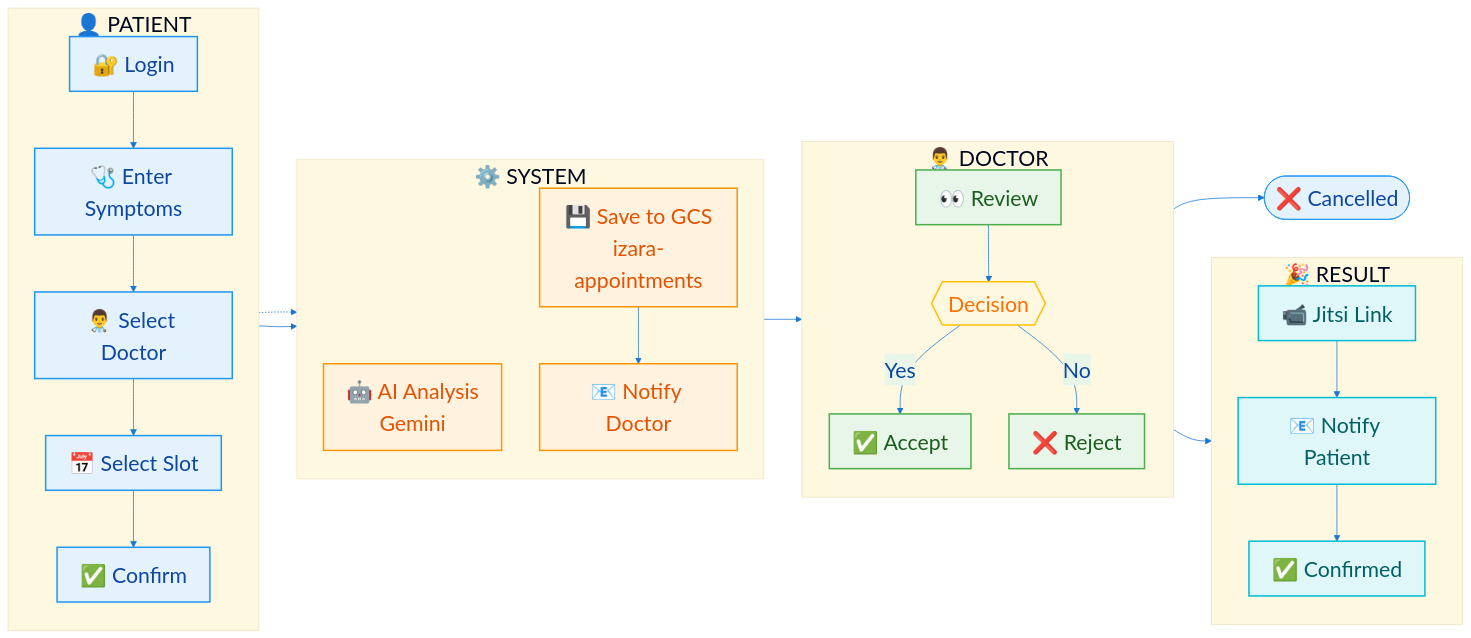
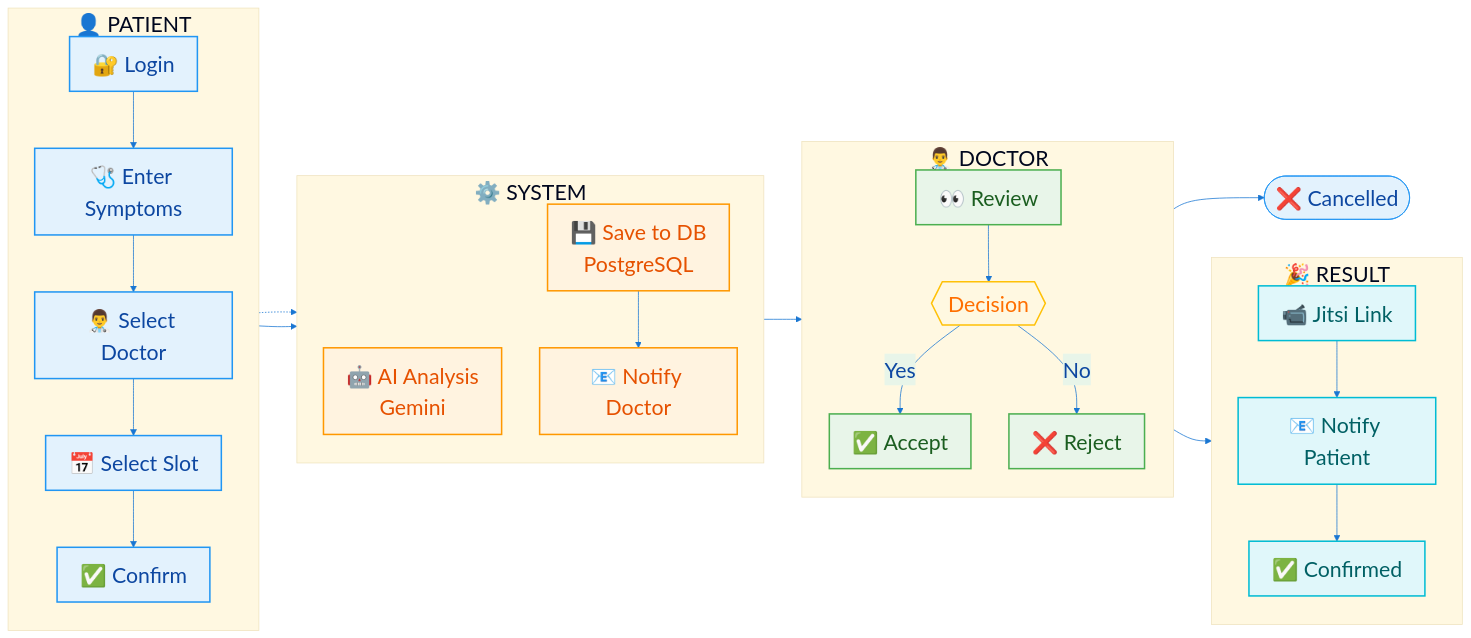
One commit to chiraleo2000/Isara-Anywhere changed the diagram in Presentations/diagrams/04-appointment-workflow.mmd. Above: the diagram before and after it, drawn with Mermaid. The commit also changed other lines of this file and 185 other files, not shown here.

```diff
--- a/Presentations/diagrams/04-appointment-workflow.mmd
+++ b/Presentations/diagrams/04-appointment-workflow.mmd
@@ -1,67 +1,67 @@
 %%{init: {
   'theme': 'base',
   'themeVariables': {
     'primaryColor': '#E3F2FD',
     'primaryTextColor': '#0D47A1',
     'primaryBorderColor': '#2196F3',
     'lineColor': '#1976D2',
     'secondaryColor': '#E8F5E9',
     'tertiaryColor': '#FFF8E1',
     'fontSize': '28px',
     'fontFamily': 'Segoe UI, Arial'
   }
 }}%%
 
 flowchart LR
     subgraph PATIENT["👤 PATIENT"]
         direction TB
         P1["🔐 Login"]
         P2["🩺 Enter Symptoms"]
         P3["👨‍⚕️ Select Doctor"]
         P4["📅 Select Slot"]
         P5["✅ Confirm"]
         P1 --> P2 --> P3 --> P4 --> P5
     end
 
     subgraph SYSTEM["⚙️ SYSTEM"]
         direction TB
         S1["🤖 AI Analysis<br/>Gemini"]
-        S2["💾 Save to GCS<br/>izara-appointments"]
+        S2["💾 Save to DB<br/>PostgreSQL"]
         S3["📧 Notify Doctor"]
     end
 
     subgraph DOCTOR["👨‍⚕️ DOCTOR"]
         direction TB
         D1["👀 Review"]
         D2{{"Decision"}}
         D3["✅ Accept"]
         D4["❌ Reject"]
         D1 --> D2
         D2 -->|Yes| D3
         D2 -->|No| D4
     end
 
     subgraph RESULT["🎉 RESULT"]
         direction TB
         R1["📹 Jitsi Link"]
         R2["📧 Notify Patient"]
         R3["✅ Confirmed"]
         R1 --> R2 --> R3
     end
 
     P2 -.-> S1
     P5 --> S2 --> S3 --> D1
     D3 --> R1
     D4 --> END(["❌ Cancelled"])
 
     classDef patientStyle fill:#E3F2FD,stroke:#2196F3,stroke-width:2px,color:#0D47A1
     classDef systemStyle fill:#FFF3E0,stroke:#FF9800,stroke-width:2px,color:#E65100
     classDef doctorStyle fill:#E8F5E9,stroke:#4CAF50,stroke-width:2px,color:#1B5E20
     classDef resultStyle fill:#E0F7FA,stroke:#00BCD4,stroke-width:2px,color:#006064
     classDef decisionStyle fill:#FFF8E1,stroke:#FFC107,stroke-width:2px,color:#FF6F00
 
     class P1,P2,P3,P4,P5 patientStyle
     class S1,S2,S3 systemStyle
     class D1,D3,D4 doctorStyle
     class D2 decisionStyle
     class R1,R2,R3 resultStyle
```
